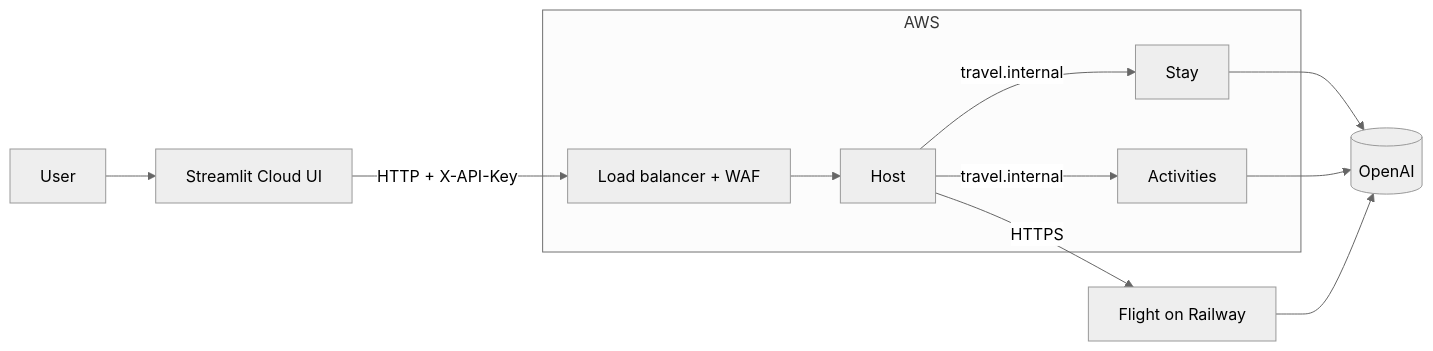
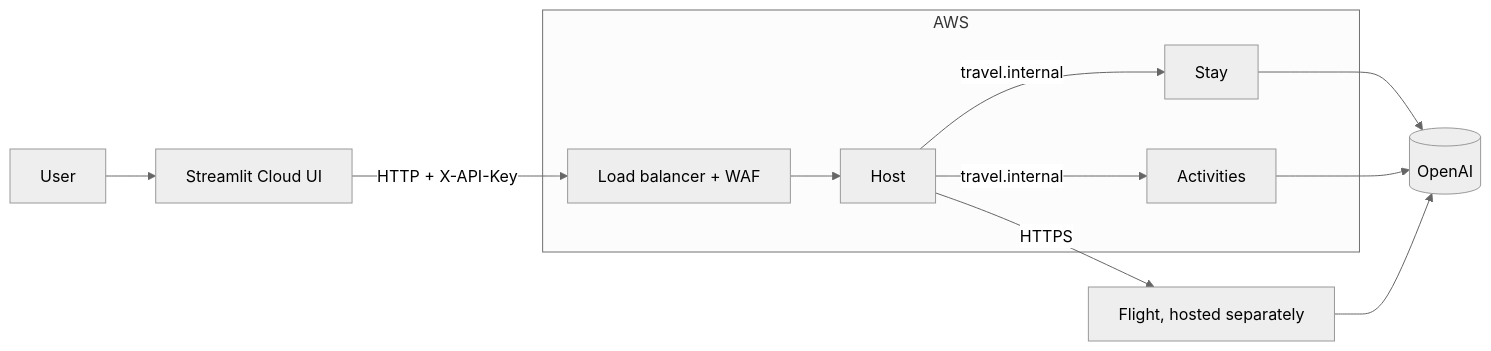
Before and after one commit to 4-Shades/IS_Final: the second of 2 diagrams in docs/explanation/cloud-design-and-costs.mdx, drawn with Mermaid (neutral theme). The commit also changed other lines of this file and 21 other files, not shown here.

````diff
--- a/docs/explanation/cloud-design-and-costs.mdx
+++ b/docs/explanation/cloud-design-and-costs.mdx
@@ -51,14 +51,14 @@
 ```mermaid
 flowchart LR
   User --> ST[Streamlit Cloud UI]
   ST -->|HTTP + X-API-Key| ALB[Load balancer + WAF]
   subgraph AWS
     ALB --> Host
     Host -->|travel.internal| Stay
     Host -->|travel.internal| Activities
   end
-  Host -->|HTTPS| Flight[Flight on Railway]
+  Host -->|HTTPS| Flight[Flight, hosted separately]
   Stay --> OAI[(OpenAI)]
   Activities --> OAI
   Flight --> OAI
 ```
````
